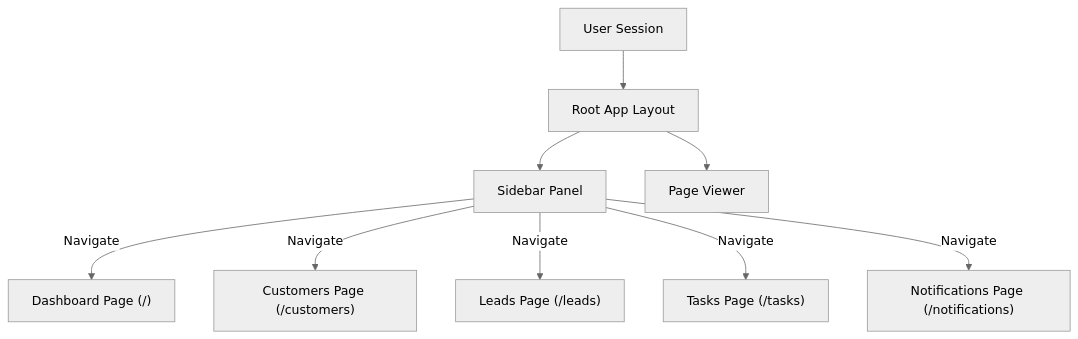
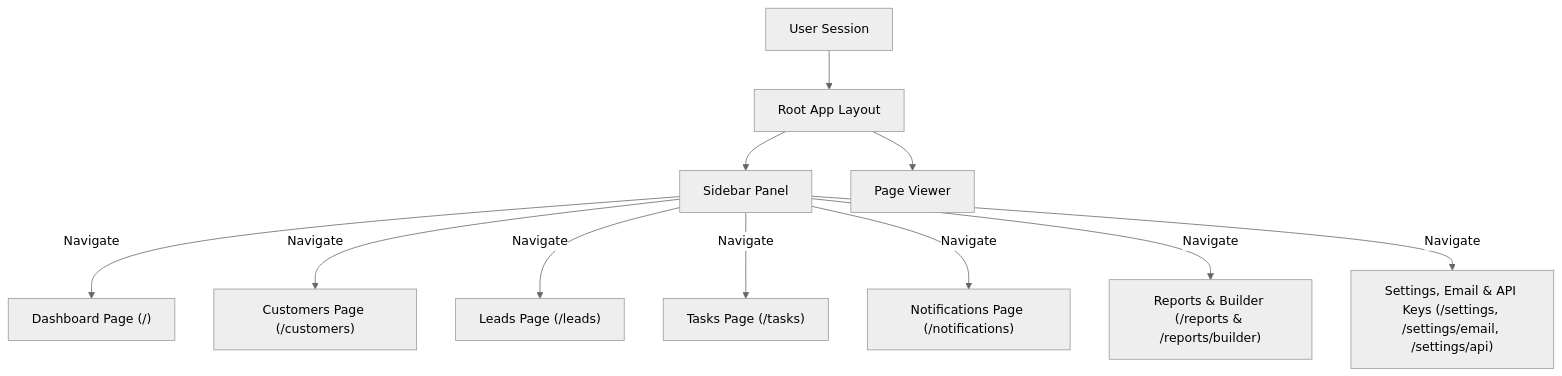
One commit to nandakumar-nandu/NexusCRM changed the first of 3 diagrams in SCREENTOUR.md. Above: the diagram before and after it, drawn with Mermaid (neutral theme). The commit also changed other lines of this file and 53 other files, not shown here.

First line of the commit message:
feat: Email integration, report builder & developer REST API

````diff
--- a/SCREENTOUR.md
+++ b/SCREENTOUR.md
@@ -74,13 +97,15 @@
 ```mermaid
 graph TD
     UserApp[User Session] --> RootLayout[Root App Layout]
     
     RootLayout --> Sidebar[Sidebar Panel]
     RootLayout --> Page[Page Viewer]
     
     Sidebar -->|Navigate| P1["Dashboard Page (/)"]
     Sidebar -->|Navigate| P2["Customers Page (/customers)"]
     Sidebar -->|Navigate| P3["Leads Page (/leads)"]
     Sidebar -->|Navigate| P4["Tasks Page (/tasks)"]
     Sidebar -->|Navigate| P5["Notifications Page (/notifications)"]
+    Sidebar -->|Navigate| P6["Reports & Builder (/reports & /reports/builder)"]
+    Sidebar -->|Navigate| P7["Settings, Email & API Keys (/settings, /settings/email, /settings/api)"]
 ```
````
